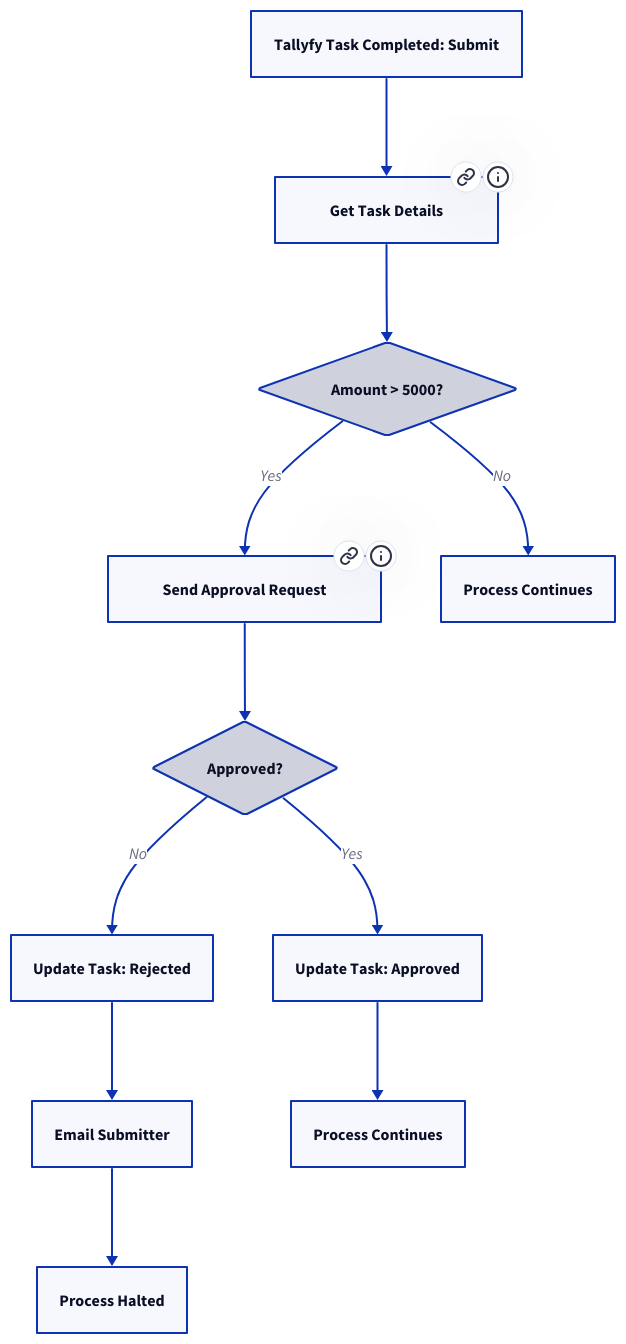
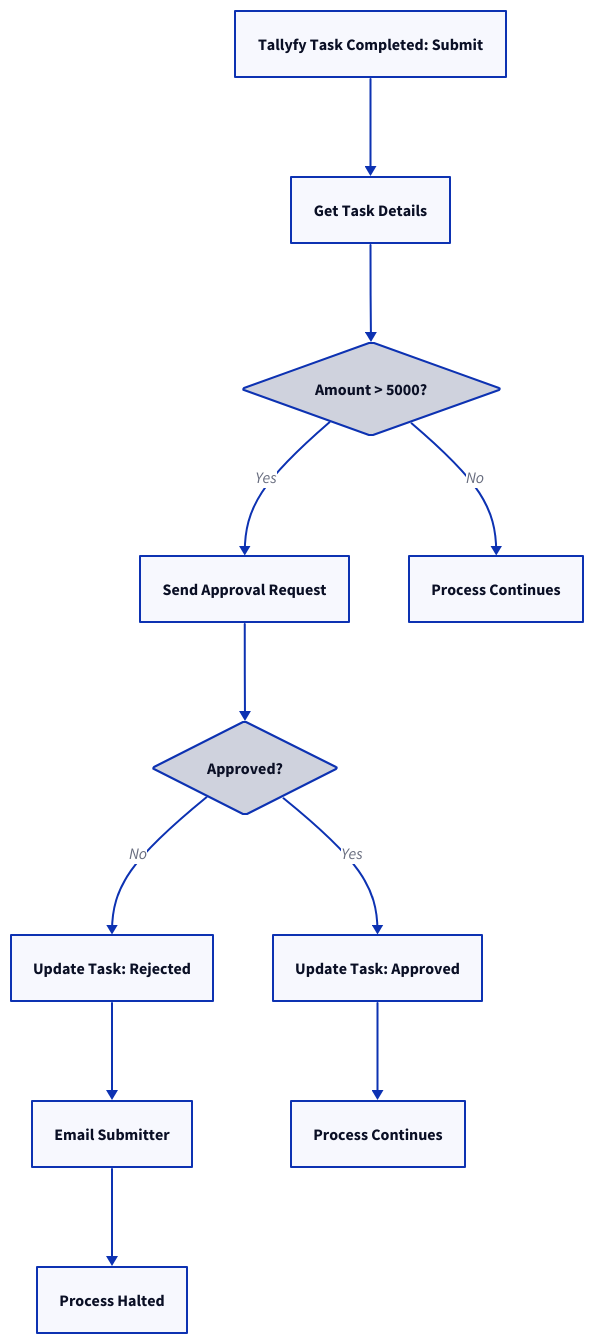
Before and after one commit to tallyfy/documentation: the diagram in src/content/docs/pro/integrations/middleware/power-automate/building-approval-workflows-with-power-automate.mdx, drawn with D2. The commit also changed 35 other files, not shown here.

First line of the commit message:
Remove .link and .tooltip properties from D2 diagrams

````diff
--- a/src/content/docs/pro/integrations/middleware/power-automate/building-approval-workflows-with-power-automate.mdx
+++ b/src/content/docs/pro/integrations/middleware/power-automate/building-approval-workflows-with-power-automate.mdx
@@ -47,27 +47,23 @@
 ```d2
 Start: "Tallyfy Task Completed: Submit"
 GetDetails: "Get Task Details"
 Check: "Amount > 5000?" {shape: diamond}
 SendApproval: "Send Approval Request"
 CheckApproval: "Approved?" {shape: diamond}
 UpdateApproved: "Update Task: Approved"
 UpdateRejected: "Update Task: Rejected"
 EmailSubmitter: "Email Submitter"
 End1: "Process Continues"
 End2: "Process Continues"
 End3: "Process Halted"
 Start -> GetDetails
 GetDetails -> Check
 Check -> End1: "No"
 Check -> SendApproval: "Yes"
 SendApproval -> CheckApproval
 CheckApproval -> UpdateApproved: "Yes"
 CheckApproval -> UpdateRejected: "No"
 UpdateApproved -> End2
 UpdateRejected -> EmailSubmitter
 EmailSubmitter -> End3
-GetDetails.link: "/products/pro/tracking-and-tasks/tasks/what-are-form-fields-in-tallyfy/"
-GetDetails.tooltip: "Learn about form fields"
-SendApproval.link: "/products/pro/integrations/middleware/power-automate/integrating-power-automate-approvals-with-microsoft-teams/"
-SendApproval.tooltip: "Teams integration"
 ```
````
